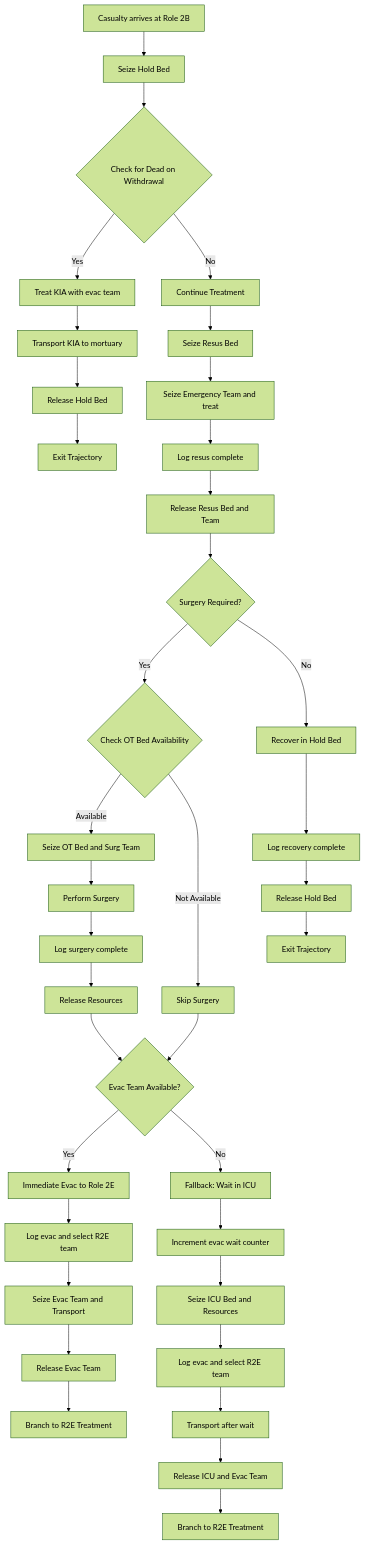
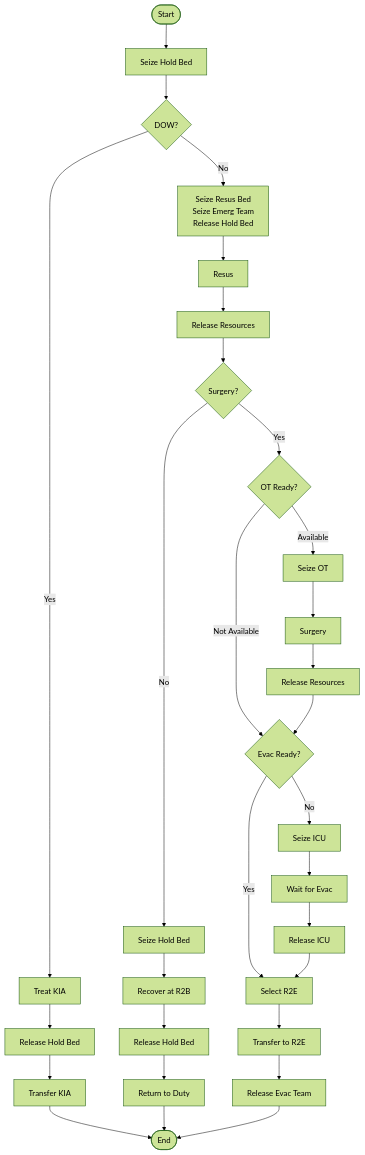
Before and after one commit to natosys/Battlefield-Casualty-Handling: the third of 4 diagrams in README.md, drawn with Mermaid (forest theme). The commit also changed other lines of this file and 3 other files, not shown here.

````diff
--- a/README.md
+++ b/README.md
@@ -502,51 +508,33 @@
 ```mermaid
 flowchart TD
-  A[Casualty arrives at Role 2B] --> B[Seize Hold Bed]
-  B --> C{Check for Dead on Withdrawal}
+    A(["Start"]) --> B["Seize Hold Bed"]
+    B --> C{"DOW?"}
+    C -- Yes --> D["Treat KIA"]
+    D --> E["Release Hold Bed"]
+    E --> F["Transfer KIA"]
+    F --> Z(["End"])
+    C -- No --> G["Seize Resus Bed <br> Seize Emerg Team <br> Release Hold Bed"]
+    G --> H["Resus"]
+    H --> I["Release Resources"]
+    I --> J{"Surgery?"}
+    J -- Yes --> K{"OT Ready?"}
+    K -- Available --> L["Seize OT"]
+    L --> M["Surgery"]
+    M --> N["Release Resources"]
+    K -- Not Available --> O{"Evac Ready?"}
+    J -- No --> P["Seize Hold Bed"]
+    P --> Q["Recover at R2B"]
+    Q --> R["Release Hold Bed"]
+    R --> S["Return to Duty"]
+    S --> Z
+    N --> O
+    O -- Yes --> T["Select R2E"]
+    T --> U["Transfer to R2E"]
+    U --> V["Release Evac Team"]
+    V --> Z
+    O -- No --> W["Seize ICU"]
+    W --> X["Wait for Evac"]
+    X --> Y["Release ICU"]
+    Y --> T
 
-  %% DOW Path
-  C -->|Yes| D[Treat KIA with evac team]
-  D --> E[Transport KIA to mortuary]
-  E --> F[Release Hold Bed]
-  F --> G[Exit Trajectory]
-
-  %% Continue Treatment
-  C -->|No| H[Continue Treatment]
-  H --> I[Seize Resus Bed]
-  I --> J[Seize Emergency Team and treat]
-  J --> K[Log resus complete]
-  K --> L[Release Resus Bed and Team]
-
-  L --> M{Surgery Required?}
-  M -->|Yes| N{Check OT Bed Availability}
-
-  N -->|Available| O[Seize OT Bed and Surg Team]
-  O --> P[Perform Surgery]
-  P --> Q[Log surgery complete]
-  Q --> R[Release Resources]
-
-  N -->|Not Available| S[Skip Surgery]
-
-  M -->|No| T[Recover in Hold Bed]
-  T --> U[Log recovery complete]
-  U --> V[Release Hold Bed]
-  V --> W[Exit Trajectory]
-
-  %% Evacuation Decision
-  R --> X{Evac Team Available?}
-  S --> X
-
-  X -->|Yes| Y[Immediate Evac to Role 2E]
-  Y --> Z[Log evac and select R2E team]
-  Z --> AA[Seize Evac Team and Transport]
-  AA --> AB[Release Evac Team]
-  AB --> AC[Branch to R2E Treatment]
-
-  X -->|No| AD[Fallback: Wait in ICU]
-  AD --> AE[Increment evac wait counter]
-  AE --> AF[Seize ICU Bed and Resources]
-  AF --> AG[Log evac and select R2E team]
-  AG --> AH[Transport after wait]
-  AH --> AI[Release ICU and Evac Team]
-  AI --> AJ[Branch to R2E Treatment]
 ```
````
